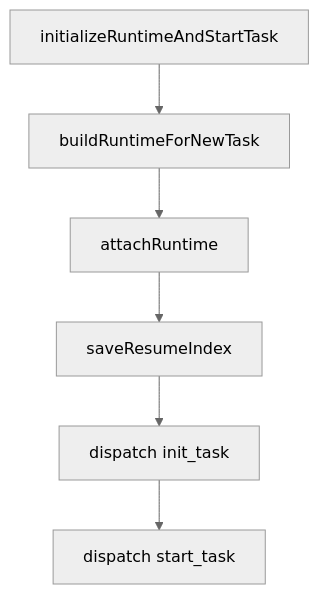
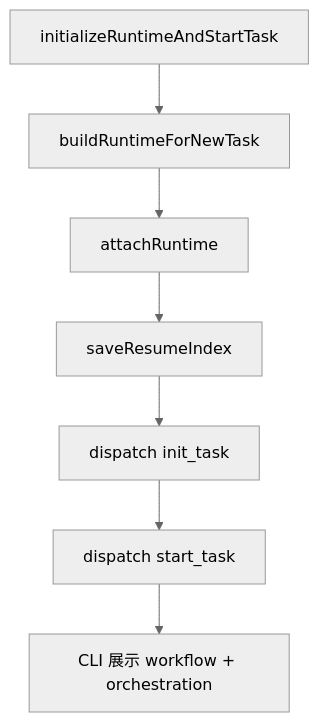
Before and after one commit to AryzingKhaos/AegisFlow: the seventh of 17 diagrams in roleflow/implementation/0.1.0/delivery/default-workflow-intake-layer-code-walkthrough.md, drawn with Mermaid (neutral theme). The commit also changed other lines of this file and 10 other files, not shown here.

````diff
--- a/roleflow/implementation/0.1.0/delivery/default-workflow-intake-layer-code-walkthrough.md
+++ b/roleflow/implementation/0.1.0/delivery/default-workflow-intake-layer-code-walkthrough.md
@@ -181,8 +185,9 @@
 ```mermaid
 flowchart TD
     A[initializeRuntimeAndStartTask] --> B[buildRuntimeForNewTask]
     B --> C[attachRuntime]
     C --> D[saveResumeIndex]
     D --> E[dispatch init_task]
     E --> F[dispatch start_task]
+    F --> G[CLI 展示 workflow + orchestration]
 ```
````
